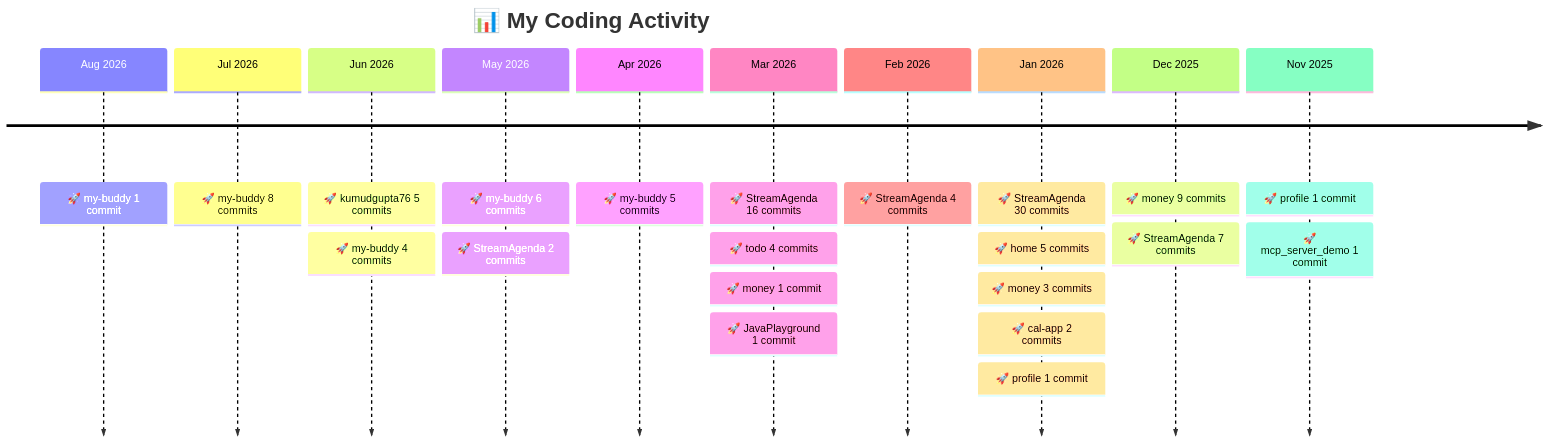
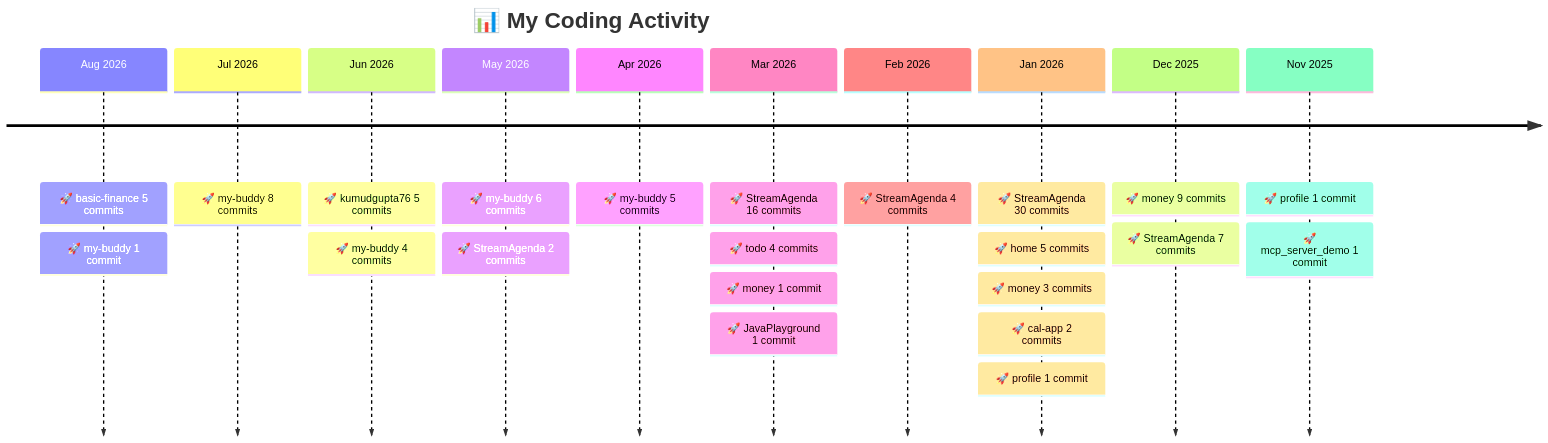
One commit to kumudgupta76/kumudgupta76 changed the diagram in README.md. Above: the diagram before and after it, drawn with Mermaid. The commit also changed other lines of this file, not shown here.

Commit message:
chore: update project timeline [skip ci]

````diff
--- a/README.md
+++ b/README.md
@@ -39,14 +39,14 @@
 ```mermaid
 timeline
     title 📊 My Coding Activity
-    Aug 2026 : 🚀 my-buddy 1 commit
+    Aug 2026 : 🚀 basic-finance 5 commits : 🚀 my-buddy 1 commit
     Jul 2026 : 🚀 my-buddy 8 commits
     Jun 2026 : 🚀 kumudgupta76 5 commits : 🚀 my-buddy 4 commits
     May 2026 : 🚀 my-buddy 6 commits : 🚀 StreamAgenda 2 commits
     Apr 2026 : 🚀 my-buddy 5 commits
     Mar 2026 : 🚀 StreamAgenda 16 commits : 🚀 todo 4 commits : 🚀 money 1 commit : 🚀 JavaPlayground 1 commit
     Feb 2026 : 🚀 StreamAgenda 4 commits
     Jan 2026 : 🚀 StreamAgenda 30 commits : 🚀 home 5 commits : 🚀 money 3 commits : 🚀 cal-app 2 commits : 🚀 profile 1 commit
     Dec 2025 : 🚀 money 9 commits : 🚀 StreamAgenda 7 commits
     Nov 2025 : 🚀 profile 1 commit : 🚀 mcp_server_demo 1 commit
 ```
````
